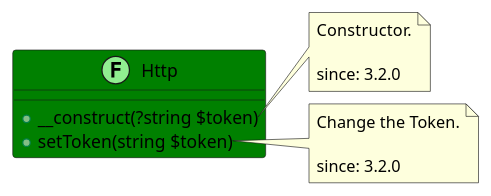
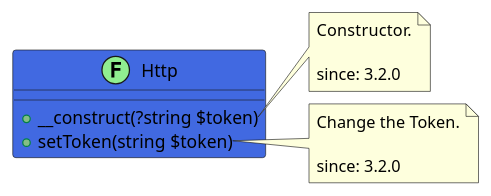
One commit to joomengine/gitea changed the diagram in src/ce40b3d2-226c-4a64-b116-c19455822be1/README.md. Above: the diagram before and after it, drawn with PlantUML. The commit also changed other lines of this file and 119 other files, not shown here.

````diff
--- a/src/ce40b3d2-226c-4a64-b116-c19455822be1/README.md
+++ b/src/ce40b3d2-226c-4a64-b116-c19455822be1/README.md
@@ -11,21 +12,21 @@
 ```uml
 @startuml
-class Http << (F,LightGreen) >> #Green {
+class Http << (F,LightGreen) >> #RoyalBlue {
   + __construct(?string $token)
   + setToken(string $token)
 }
 
 note right of Http::__construct
   Constructor.
 
   since: 3.2.0
 end note
 
 note right of Http::setToken
   Change the Token.
 
   since: 3.2.0
 end note
  
 @enduml
 ```
````
